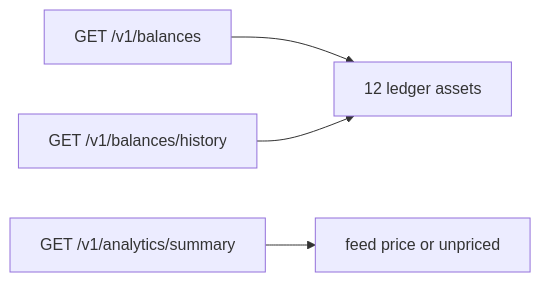
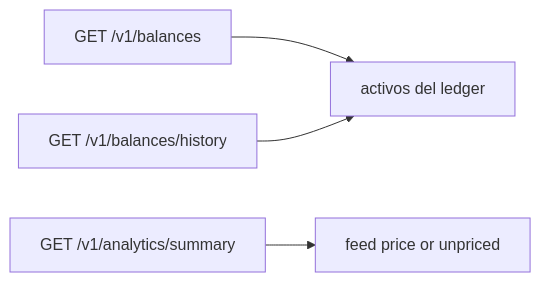
One commit to CBpayapp/cbpay-docs changed the diagram in es/guides/fiat-ledger-assets.mdx. Above: the diagram before and after it, drawn with Mermaid. The commit also changed other lines of this file and 32 other files, not shown here.

````diff
--- a/es/guides/fiat-ledger-assets.mdx
+++ b/es/guides/fiat-ledger-assets.mdx
@@ -22,6 +22,6 @@
 ```mermaid
 flowchart LR
-  balances["GET /v1/balances"] --> ledger["12 ledger assets"]
+  balances["GET /v1/balances"] --> ledger["activos del ledger"]
   history["GET /v1/balances/history"] --> ledger
   analytics["GET /v1/analytics/summary"] --> valuation["feed price or unpriced"]
 ```
````
